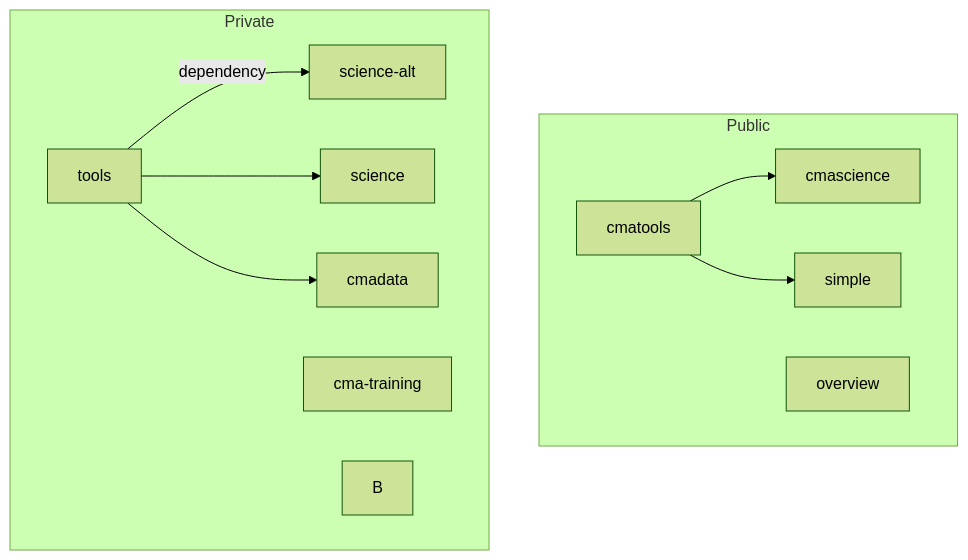
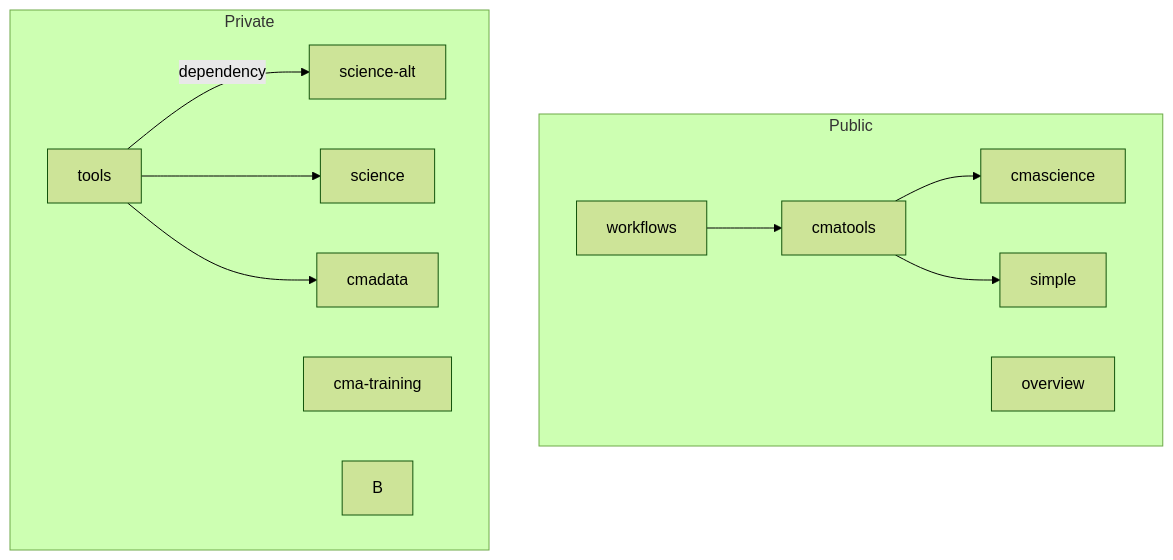
Before and after one commit to cma-open/overview: the diagram in README.md, drawn with Mermaid (forest theme). The commit also changed other lines of this file, not shown here.

````diff
--- a/README.md
+++ b/README.md
@@ -9,16 +11,17 @@
 ```mermaid
 flowchart TB
  subgraph Public
+    workflows-->cmatools
     cmatools-->cmascience
     cmatools-->simple
     overview
     end
     subgraph Private
     tools-->|dependency|science-alt
     tools-->science
     cma-training
     tools-->cmadata
     B
      click B "https://www.github.com" "This is a tooltip for a link"
     end
 ```
````
